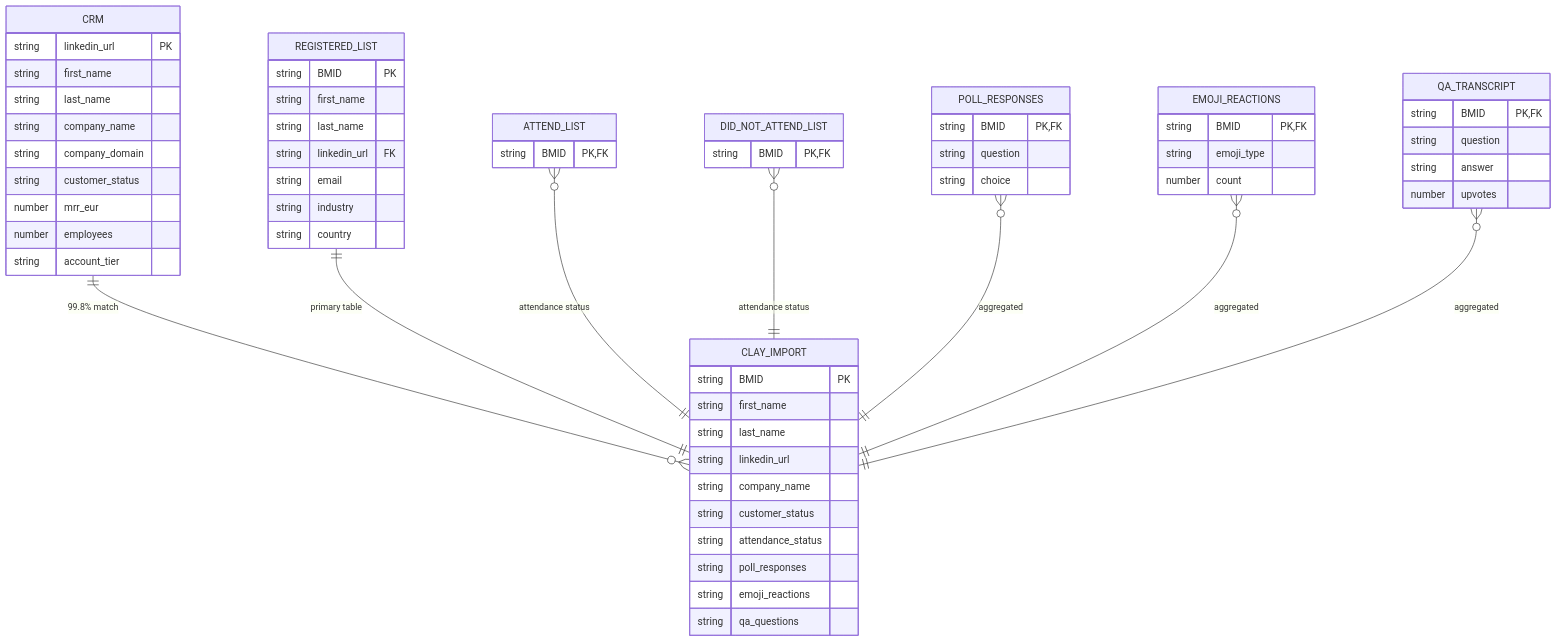
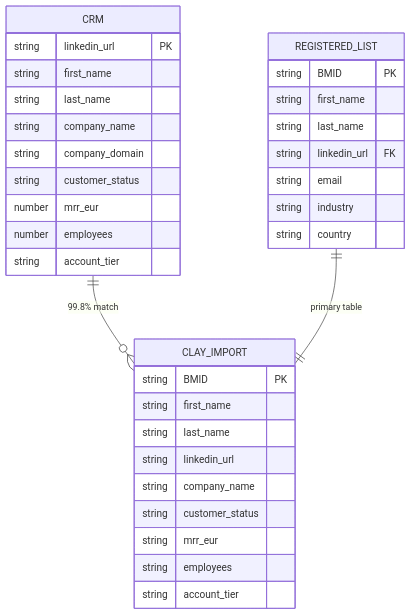
Before and after one commit to frankterpo/clay_gtm: the first of 2 diagrams in README.md, drawn with Mermaid. The commit also changed other lines of this file, not shown here.

Commit message:
Correct diagrams to match actual script implementation
- FIXED: Flow diagram now accurately shows only CRM enrichment is implemented
- FIXED: ER diagram removed unimplemented activity table joins
- CLARIFIED: Activity CSVs are extracted but not joined in current script
- ACCURATE: Documentation now matches what process_webinar_data.py actually does
- HONEST: Clearly states what is implemented vs. future enhancements

````diff
--- a/README.md
+++ b/README.md
@@ -44,72 +44,39 @@
 ```mermaid
 erDiagram
     CRM ||--o{ CLAY_IMPORT : "99.8% match"
     REGISTERED_LIST ||--|| CLAY_IMPORT : "primary table"
-    ATTEND_LIST }o--|| CLAY_IMPORT : "attendance status"
-    DID_NOT_ATTEND_LIST }o--|| CLAY_IMPORT : "attendance status"
-    POLL_RESPONSES }o--|| CLAY_IMPORT : "aggregated"
-    EMOJI_REACTIONS }o--|| CLAY_IMPORT : "aggregated"
-    QA_TRANSCRIPT }o--|| CLAY_IMPORT : "aggregated"
 
     CRM {
         string linkedin_url PK
         string first_name
         string last_name
         string company_name
         string company_domain
         string customer_status
         number mrr_eur
         number employees
         string account_tier
     }
 
     REGISTERED_LIST {
         string BMID PK
         string first_name
         string last_name
         string linkedin_url FK
         string email
         string industry
         string country
     }
 
     CLAY_IMPORT {
         string BMID PK
         string first_name
         string last_name
         string linkedin_url
         string company_name
         string customer_status
-        string attendance_status
-        string poll_responses
-        string emoji_reactions
-        string qa_questions
-    }
-
-    ATTEND_LIST {
-        string BMID PK,FK
-    }
-
-    DID_NOT_ATTEND_LIST {
-        string BMID PK,FK
-    }
-
-    POLL_RESPONSES {
-        string BMID PK,FK
-        string question
-        string choice
-    }
-
-    EMOJI_REACTIONS {
-        string BMID PK,FK
-        string emoji_type
-        number count
-    }
-
-    QA_TRANSCRIPT {
-        string BMID PK,FK
-        string question
-        string answer
-        number upvotes
+        string mrr_eur
+        string employees
+        string account_tier
     }
 ```
````
